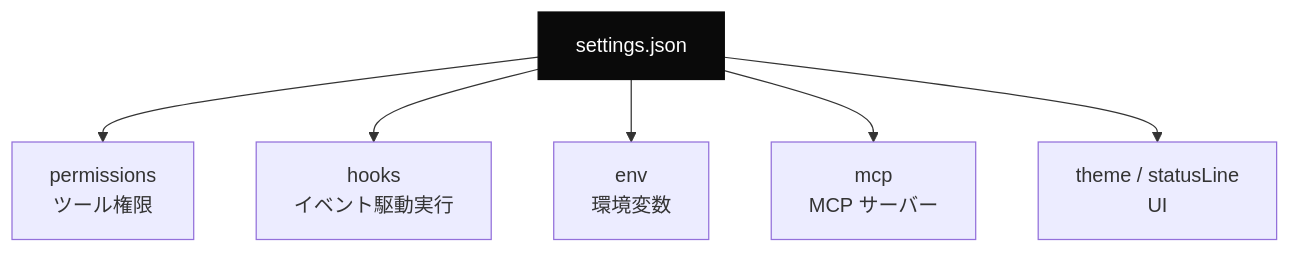
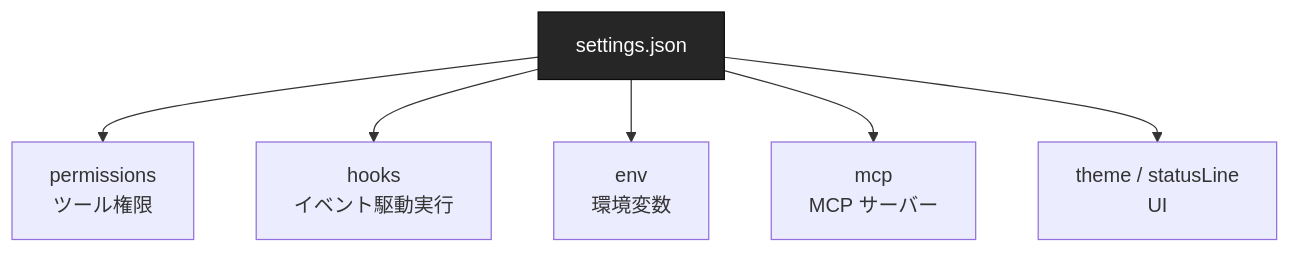
The first of 2 diagrams in docs/tools/claude-code-settingsjson-を使いこなす.md (dinekt/dinekt-wiki), drawn with Mermaid before and after one commit. The commit also changed 71 other files, not shown here.

First line of the commit message:
fix: mermaid readability + remove GitHub repo toolbar

````diff
--- a/docs/tools/claude-code-settingsjson-を使いこなす.md
+++ b/docs/tools/claude-code-settingsjson-を使いこなす.md
@@ -23,10 +23,10 @@
 ```mermaid
 flowchart TD
     S[settings.json] --> P[permissions<br/>ツール権限]
     S --> H[hooks<br/>イベント駆動実行]
     S --> E[env<br/>環境変数]
     S --> M[mcp<br/>MCP サーバー]
     S --> T[theme / statusLine<br/>UI]
 
-    style S fill:#0a0a0a,color:#fff,stroke:#0a0a0a
+    style S fill:#262626,color:#fff,stroke:#0a0a0a
 ```
````
